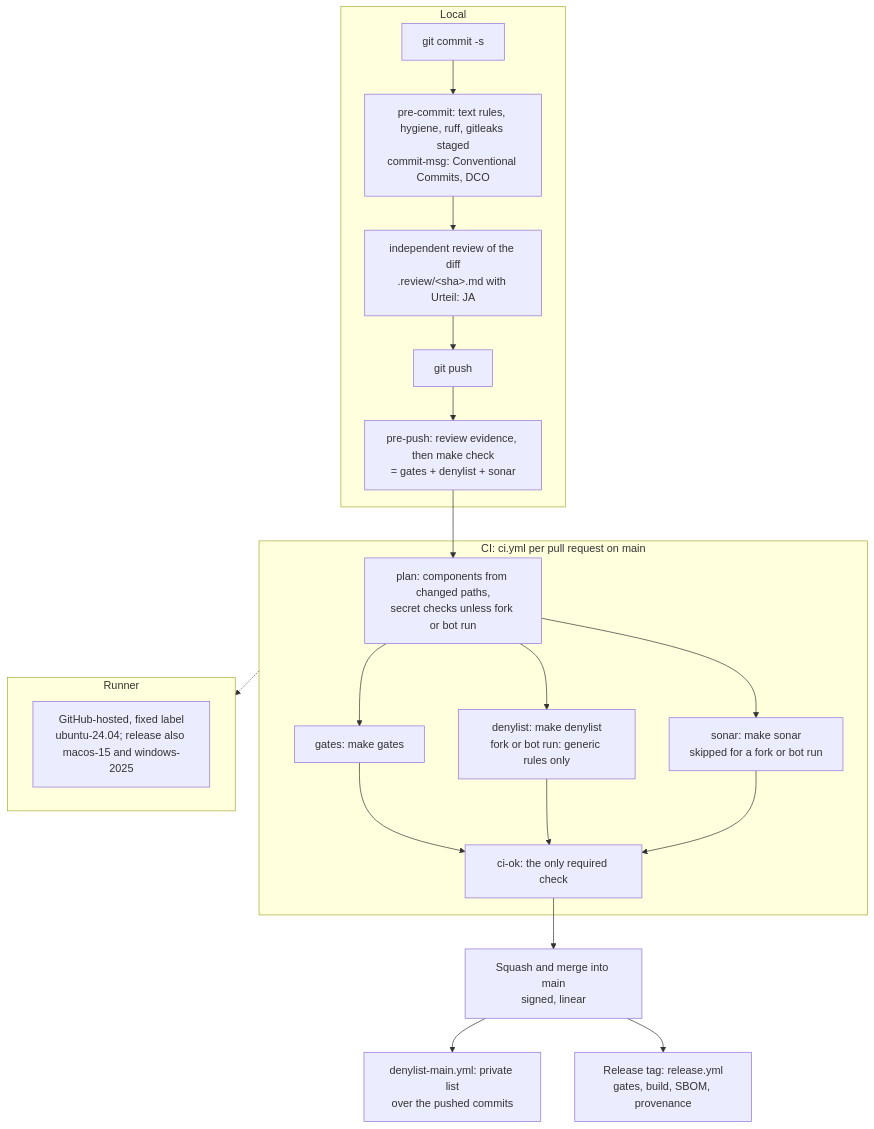
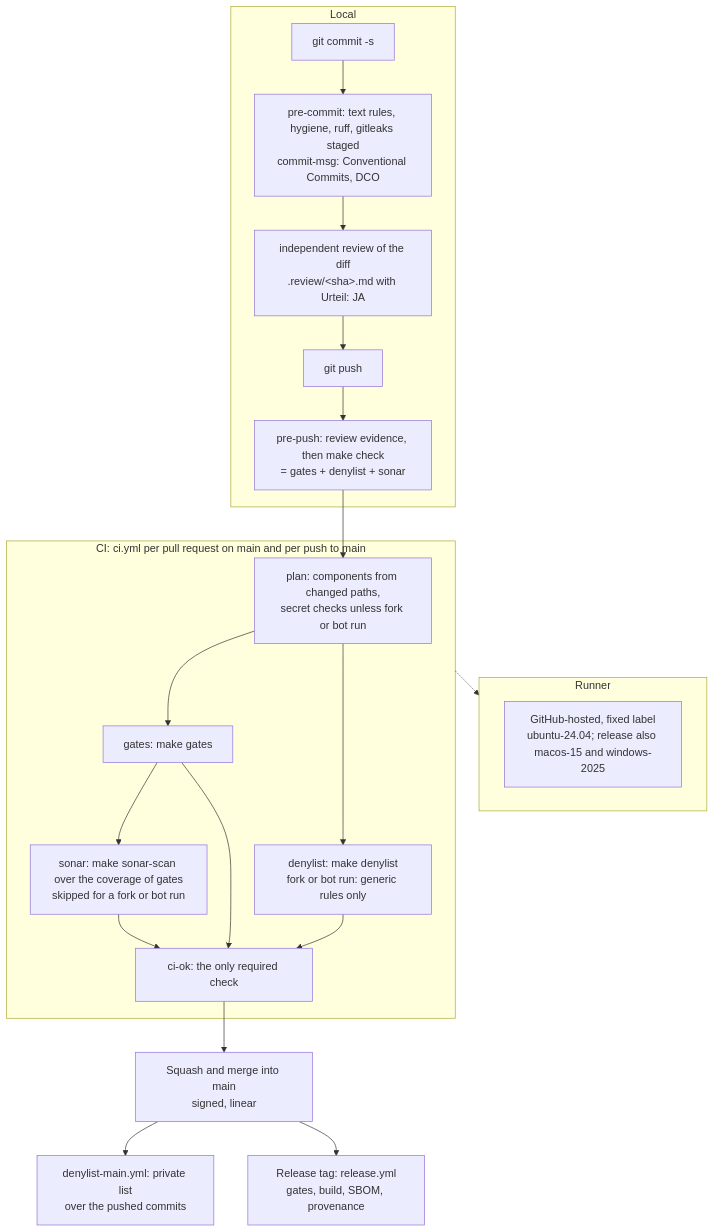
Before and after one commit to mguttmann/bothy: the diagram in docs/quality/pipeline.mmd, drawn with Mermaid. The commit also changed 10 other files, not shown here.

First line of the commit message:
ci(sonar): scan the coverage of the gates job instead of testing again

```diff
--- a/docs/quality/pipeline.mmd
+++ b/docs/quality/pipeline.mmd
@@ -1,23 +1,23 @@
 flowchart TB
   subgraph local["Local"]
     commit["git commit -s"] --> hooks["pre-commit: text rules, hygiene, ruff, gitleaks staged<br/>commit-msg: Conventional Commits, DCO"]
     hooks --> review
     review["independent review of the diff<br/>.review/&lt;sha&gt;.md with Urteil: JA"] --> push["git push"]
     push --> check["pre-push: review evidence, then make check<br/>= gates + denylist + sonar"]
   end
-  subgraph ci["CI: ci.yml per pull request on main"]
+  subgraph ci["CI: ci.yml per pull request on main and per push to main"]
     plan["plan: components from changed paths,<br/>secret checks unless fork or bot run"] --> gates["gates: make gates"]
     plan --> deny["denylist: make denylist<br/>fork or bot run: generic rules only"]
-    plan --> sonar["sonar: make sonar<br/>skipped for a fork or bot run"]
+    gates --> sonar["sonar: make sonar-scan over the coverage of gates<br/>skipped for a fork or bot run"]
     gates --> ok["ci-ok: the only required check"]
     deny --> ok
     sonar --> ok
   end
   subgraph runner["Runner"]
     hosted["GitHub-hosted, fixed label<br/>ubuntu-24.04; release also macos-15 and windows-2025"]
   end
   check --> plan
   ci -.-> runner
   ok --> merge["Squash and merge into main<br/>signed, linear"]
   merge --> denymain["denylist-main.yml: private list<br/>over the pushed commits"]
   merge --> tag["Release tag: release.yml<br/>gates, build, SBOM, provenance"]
```
